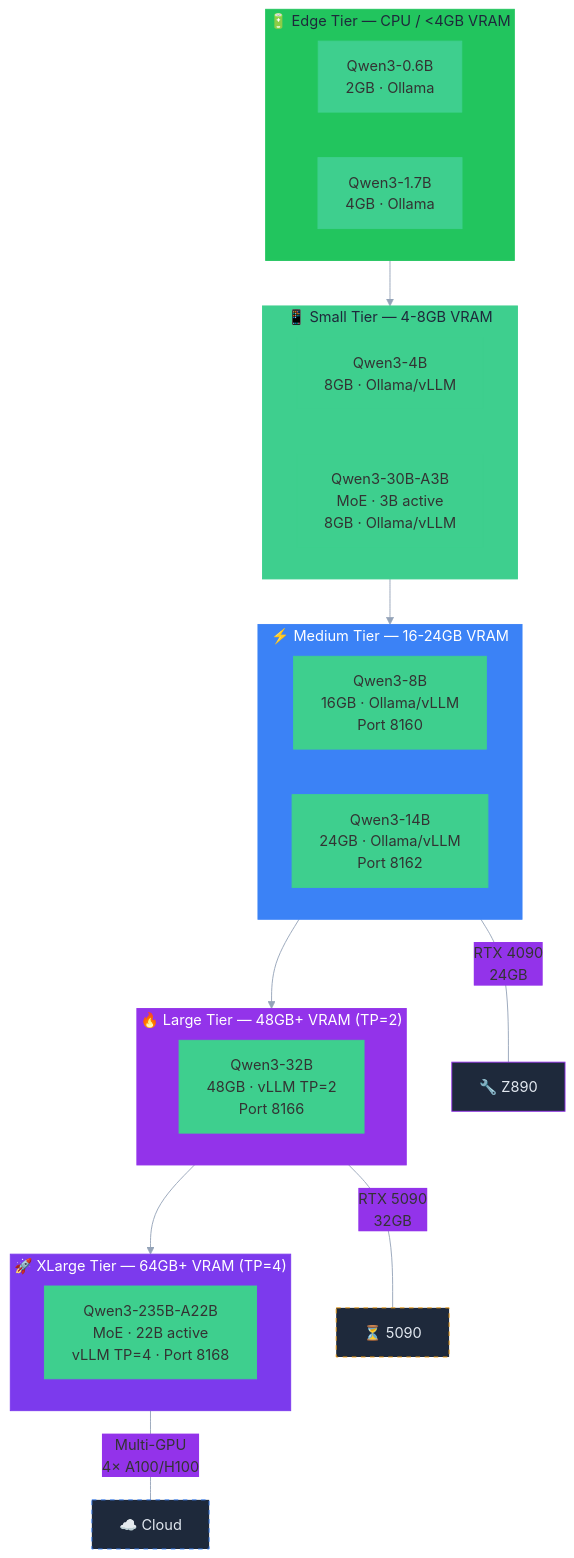
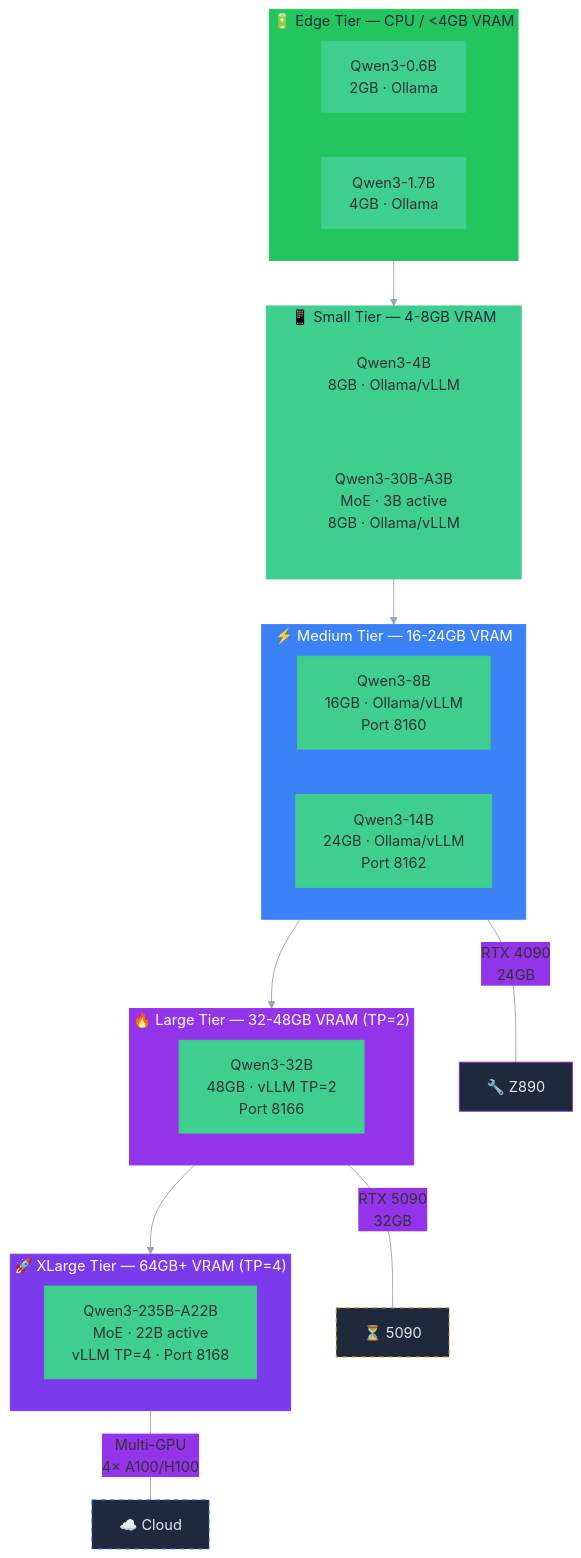
The diagram in pmoves/docs/operations/diagrams/model-stack.mmd (POWERFULMOVES/PMOVES.AI), drawn with Mermaid before and after one commit. The commit also changed 10 other files, not shown here.

First line of the commit message:
fix(docs): address 18 CodeRabbit review threads — TAC corrections, endpoint alignment, VRAM tier

```diff
--- a/pmoves/docs/operations/diagrams/model-stack.mmd
+++ b/pmoves/docs/operations/diagrams/model-stack.mmd
@@ -1,46 +1,46 @@
 %%{init: {'theme':'base', 'themeVariables': {
   'primaryColor': '#3ecf8e',
   'primaryBorderColor': '#3ecf8e',
   'secondaryColor': '#9333ea',
   'background': 'transparent',
   'lineColor': '#94a3b8'
 }}}%%
 flowchart TB
     subgraph edge["🔋 Edge Tier — CPU / <4GB VRAM"]
         Q06["Qwen3-0.6B<br/>2GB · Ollama"]
         Q17["Qwen3-1.7B<br/>4GB · Ollama"]
     end
 
     subgraph small["📱 Small Tier — 4-8GB VRAM"]
         Q4B["Qwen3-4B<br/>8GB · Ollama/vLLM"]
         Q30A["Qwen3-30B-A3B<br/>MoE · 3B active<br/>8GB · Ollama/vLLM"]
     end
 
     subgraph medium["⚡ Medium Tier — 16-24GB VRAM"]
         Q8B["Qwen3-8B<br/>16GB · Ollama/vLLM<br/>Port 8160"]
         Q14B["Qwen3-14B<br/>24GB · Ollama/vLLM<br/>Port 8162"]
     end
 
-    subgraph large["🔥 Large Tier — 48GB+ VRAM (TP=2)"]
+    subgraph large["🔥 Large Tier — 32-48GB VRAM (TP=2)"]
         Q32B["Qwen3-32B<br/>48GB · vLLM TP=2<br/>Port 8166"]
     end
 
     subgraph xlarge["🚀 XLarge Tier — 64GB+ VRAM (TP=4)"]
         Q235["Qwen3-235B-A22B<br/>MoE · 22B active<br/>vLLM TP=4 · Port 8168"]
     end
 
     edge --> small --> medium --> large --> xlarge
 
     %% Hardware mapping
     medium ---|"RTX 4090<br/>24GB"| GPU1["🔧 Z890"]
     large ---|"RTX 5090<br/>32GB"| GPU2["⏳ 5090"]
     xlarge ---|"Multi-GPU<br/>4× A100/H100"| GPU3["☁️ Cloud"]
 
     style edge fill:#22c55e,stroke:#22c55e,color:#1e293b
     style small fill:#3ecf8e,stroke:#3ecf8e,color:#1e293b
     style medium fill:#3b82f6,stroke:#3b82f6,color:#fff
     style large fill:#9333ea,stroke:#9333ea,color:#fff
     style xlarge fill:#7c3aed,stroke:#7c3aed,color:#fff
     style GPU1 fill:#1e293b,stroke:#9333ea,color:#e2e8f0
     style GPU2 fill:#1e293b,stroke:#f59e0b,color:#e2e8f0,stroke-dasharray: 5 5
     style GPU3 fill:#1e293b,stroke:#3b82f6,color:#e2e8f0,stroke-dasharray: 5 5
```
